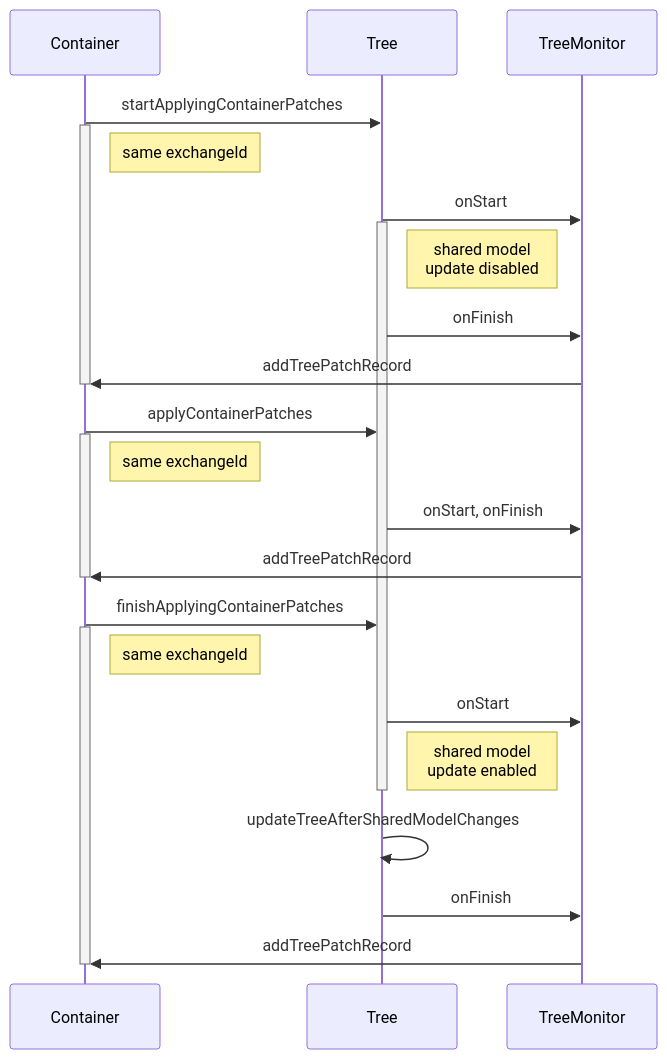
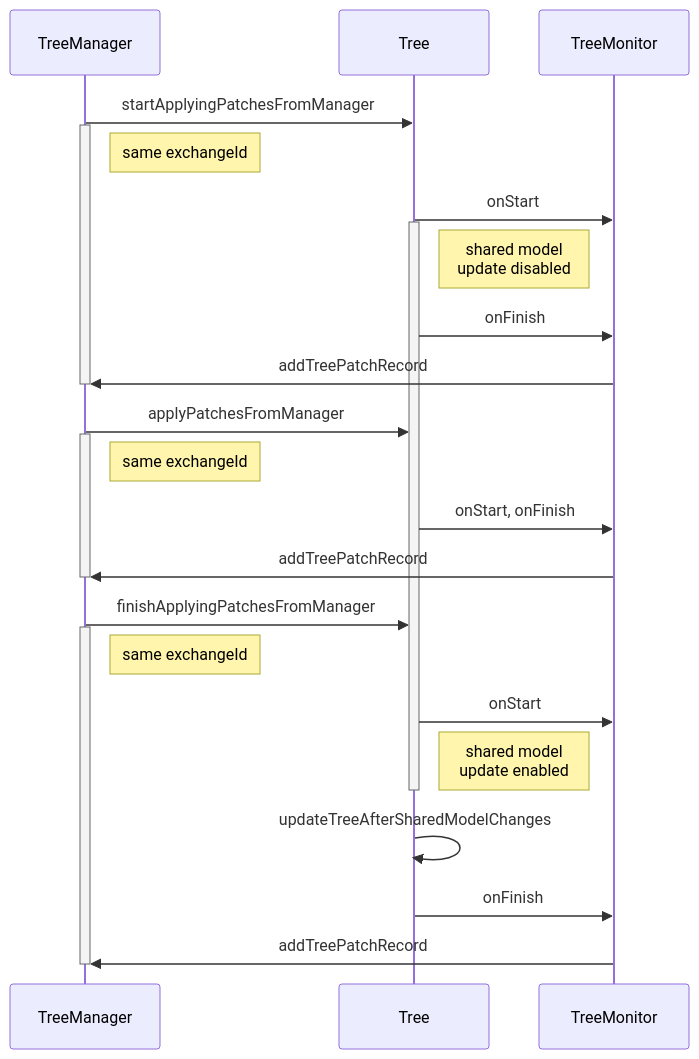
The third of 6 diagrams in docs/history-framework.md (concord-consortium/collaborative-learning), drawn with Mermaid before and after one commit. The commit also changed other lines of this file and 8 other files, not shown here.

Commit message:
rename container to tree manager

````diff
--- a/docs/history-framework.md
+++ b/docs/history-framework.md
@@ -85,31 +82,31 @@
 ```mermaid
 sequenceDiagram
-  participant Container
+  participant TreeManager
   participant Tree
   participant TreeMonitor
-  Container->>Tree: startApplyingContainerPatches
-  activate Container
-  Note right of Container: same exchangeId
+  TreeManager->>Tree: startApplyingPatchesFromManager
+  activate TreeManager
+  Note right of TreeManager: same exchangeId
   Tree->>TreeMonitor: onStart
   activate Tree
   Note right of Tree: shared model<br/>update disabled 
   Tree->>TreeMonitor: onFinish
-  TreeMonitor->>Container: addTreePatchRecord
-  deactivate Container
-  Container->>Tree: applyContainerPatches
-  activate Container
-  Note right of Container: same exchangeId
+  TreeMonitor->>TreeManager: addTreePatchRecord
+  deactivate TreeManager
+  TreeManager->>Tree: applyPatchesFromManager
+  activate TreeManager
+  Note right of TreeManager: same exchangeId
   Tree->>TreeMonitor: onStart, onFinish
-  TreeMonitor->>Container: addTreePatchRecord
-  deactivate Container
-  Container->>Tree: finishApplyingContainerPatches
-  activate Container
-  Note right of Container: same exchangeId
+  TreeMonitor->>TreeManager: addTreePatchRecord
+  deactivate TreeManager
+  TreeManager->>Tree: finishApplyingPatchesFromManager
+  activate TreeManager
+  Note right of TreeManager: same exchangeId
   Tree->>TreeMonitor: onStart
   Note right of Tree: shared model<br/>update enabled 
   deactivate Tree
   Tree->>Tree: updateTreeAfterSharedModelChanges
   Tree->>TreeMonitor: onFinish
-  TreeMonitor->>Container: addTreePatchRecord
-  deactivate Container
+  TreeMonitor->>TreeManager: addTreePatchRecord
+  deactivate TreeManager
 ```
````
